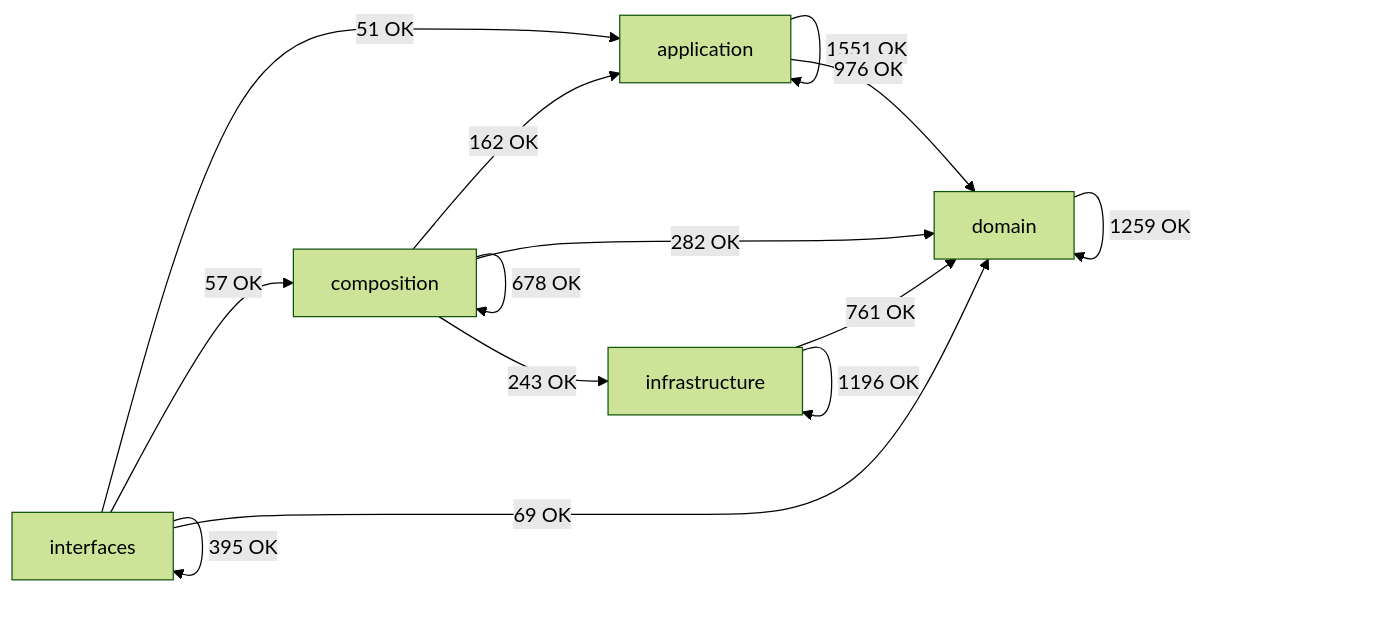
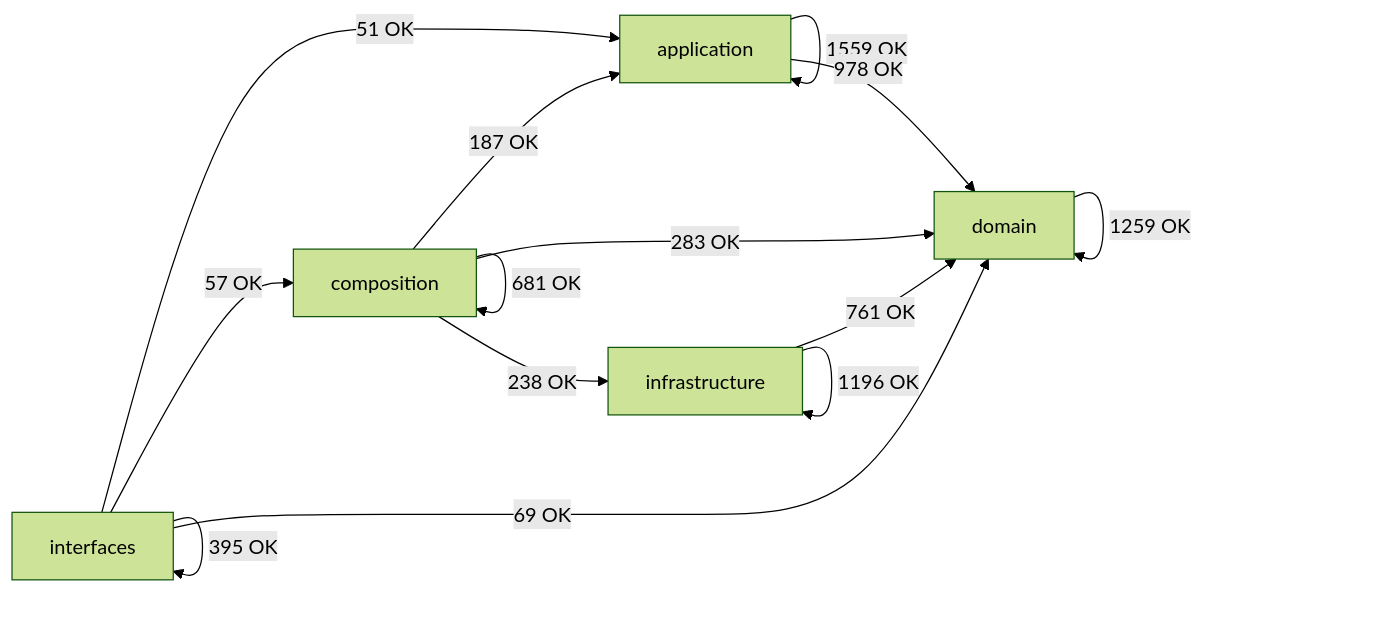
The diagram in docs/02-architecture/generated/module-dependency-map.md (SatoryKono/BioactivityDataAcquisition), drawn with Mermaid (forest theme) before and after one commit. The commit also changed other lines of this file and 11 other files, not shown here.

````diff
--- a/docs/02-architecture/generated/module-dependency-map.md
+++ b/docs/02-architecture/generated/module-dependency-map.md
@@ -17,21 +17,21 @@
 ```mermaid
 flowchart LR
     domain[domain]
     application[application]
     infrastructure[infrastructure]
     composition[composition]
     interfaces[interfaces]
-    application -->|1551 OK| application
-    application -->|976 OK| domain
-    composition -->|162 OK| application
-    composition -->|678 OK| composition
-    composition -->|282 OK| domain
-    composition -->|243 OK| infrastructure
+    application -->|1559 OK| application
+    application -->|978 OK| domain
+    composition -->|187 OK| application
+    composition -->|681 OK| composition
+    composition -->|283 OK| domain
+    composition -->|238 OK| infrastructure
     domain -->|1259 OK| domain
     infrastructure -->|761 OK| domain
     infrastructure -->|1196 OK| infrastructure
     interfaces -->|51 OK| application
     interfaces -->|57 OK| composition
     interfaces -->|69 OK| domain
     interfaces -->|395 OK| interfaces
 ```
````
